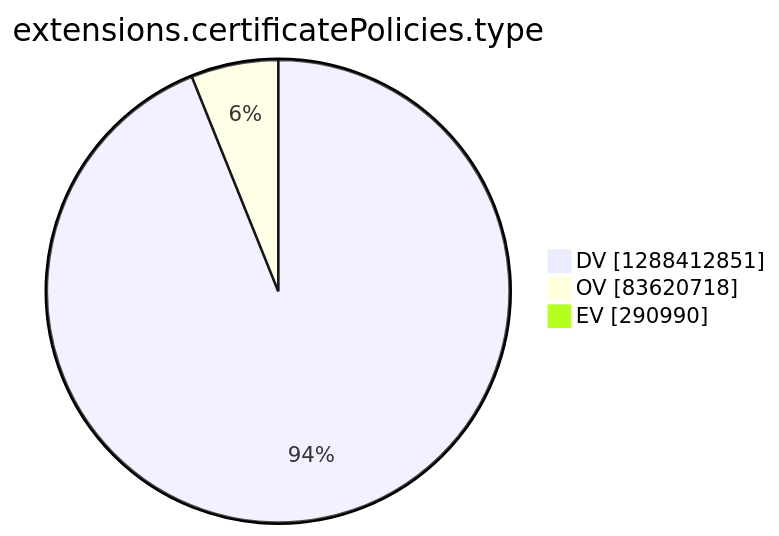
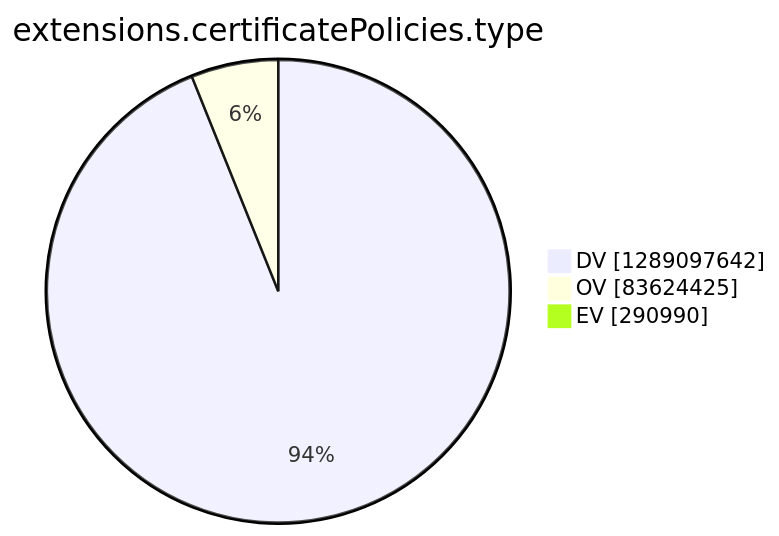
One commit to christiankrug/ctmonitor_visualization changed the tenth of 15 diagrams in argon2022/README.md. Above: the diagram before and after it, drawn with Mermaid. The commit also changed other lines of this file, not shown here.

````diff
--- a/argon2022/README.md
+++ b/argon2022/README.md
@@ -2771,7 +2771,7 @@
 ```mermaid
 pie showData
 title extensions.certificatePolicies.type
-"DV" :1288412851
-"OV" :83620718
+"DV" :1289097642
+"OV" :83624425
 "EV" :290990
 ```
````
